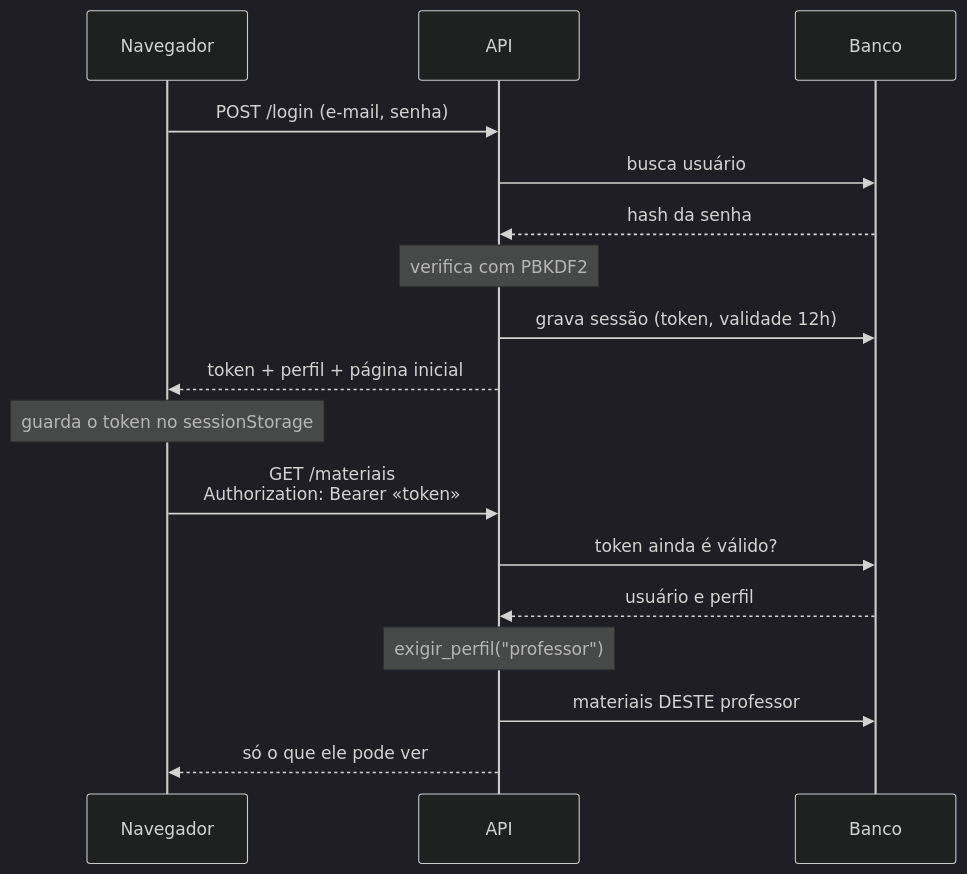
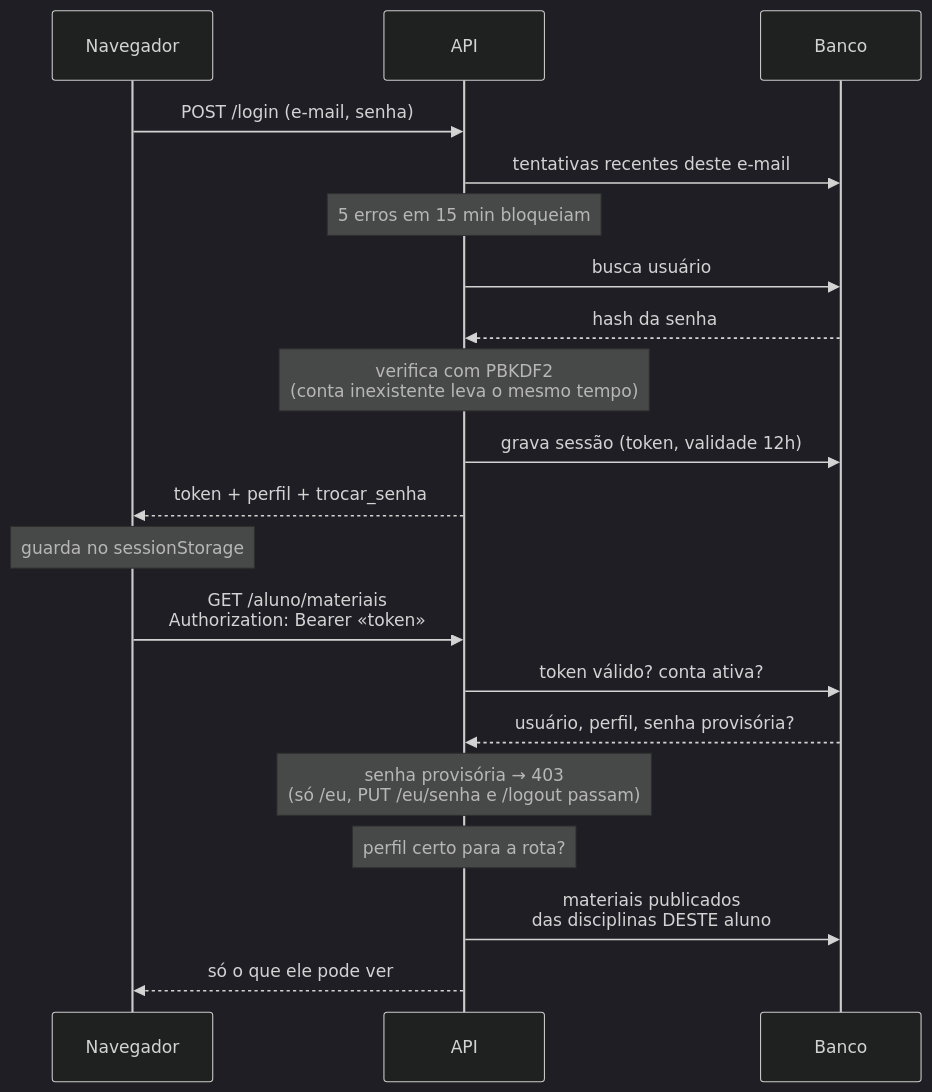
Before and after one commit to jeanrmatias/DeltaCare: the second of 9 diagrams in ARQUITETURA.md, drawn with Mermaid (dark theme). The commit also changed other lines of this file and 2 other files, not shown here.

First line of the commit message:
docs: roteiro de demonstracao, tutorial e arquitetura atualizados para a Sprint 4

````diff
--- a/ARQUITETURA.md
+++ b/ARQUITETURA.md
@@ -49,22 +58,25 @@
 ```mermaid
 sequenceDiagram
     participant N as Navegador
     participant A as API
     participant B as Banco
 
     N->>A: POST /login (e-mail, senha)
+    A->>B: tentativas recentes deste e-mail
+    Note over A: 5 erros em 15 min bloqueiam
     A->>B: busca usuário
     B-->>A: hash da senha
-    Note over A: verifica com PBKDF2
+    Note over A: verifica com PBKDF2<br/>(conta inexistente leva o mesmo tempo)
     A->>B: grava sessão (token, validade 12h)
-    A-->>N: token + perfil + página inicial
+    A-->>N: token + perfil + trocar_senha
 
-    Note over N: guarda o token no sessionStorage
+    Note over N: guarda no sessionStorage
 
-    N->>A: GET /materiais<br/>Authorization: Bearer «token»
-    A->>B: token ainda é válido?
-    B-->>A: usuário e perfil
-    Note over A: exigir_perfil("professor")
-    A->>B: materiais DESTE professor
+    N->>A: GET /aluno/materiais<br/>Authorization: Bearer «token»
+    A->>B: token válido? conta ativa?
+    B-->>A: usuário, perfil, senha provisória?
+    Note over A: senha provisória → 403<br/>(só /eu, PUT /eu/senha e /logout passam)
+    Note over A: perfil certo para a rota?
+    A->>B: materiais publicados<br/>das disciplinas DESTE aluno
     A-->>N: só o que ele pode ver
 ```
````
